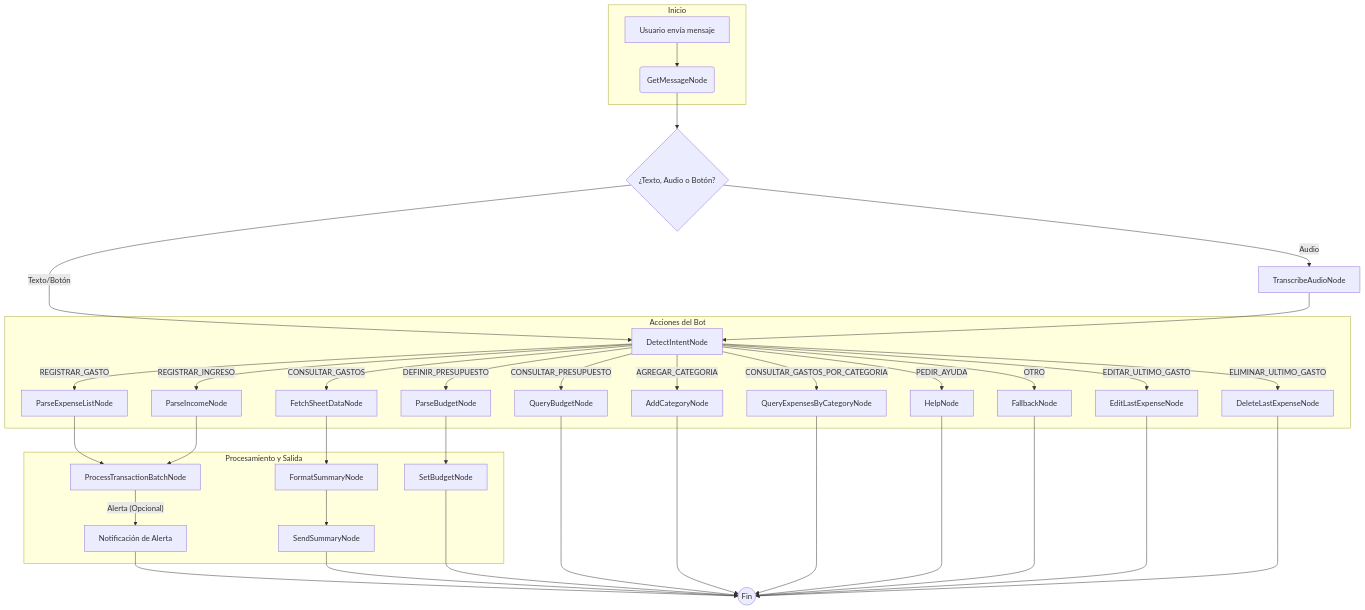
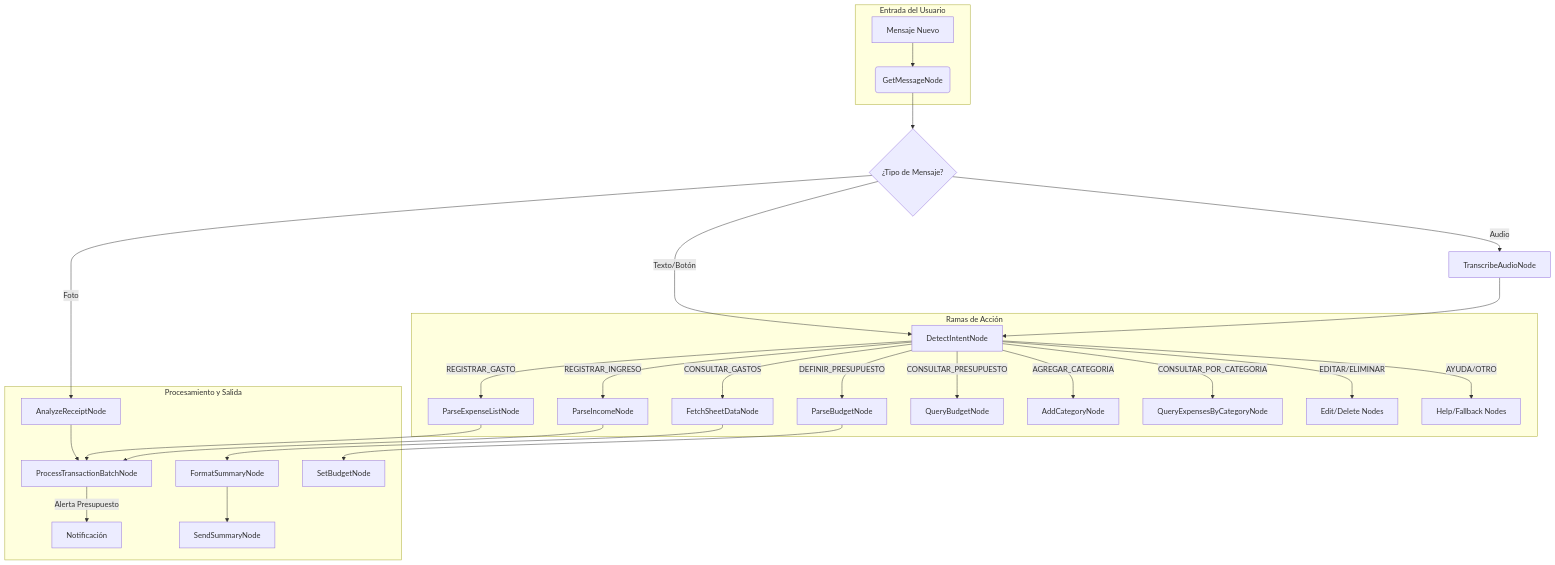
Before and after one commit to Juanchoalric/flux: the diagram in README.md, drawn with Mermaid. The commit also changed other lines of this file and 7 other files, not shown here.

Commit message:
Refactor prompts into its own file, added feature to take a picture of your expense and the agent will get the total and add a description and category for it

````diff
--- a/README.md
+++ b/README.md
@@ -35,45 +34,34 @@
 ```mermaid
 flowchart TD
-    subgraph "Inicio"
-        A[Usuario envía mensaje] --> B(GetMessageNode);
+    subgraph "Entrada del Usuario"
+        A[Mensaje Nuevo] --> B(GetMessageNode);
     end
 
-    B --> C{¿Texto, Audio o Botón?};
+    B --> C{¿Tipo de Mensaje?};
     C -- Texto/Botón --> E[DetectIntentNode];
     C -- Audio --> D[TranscribeAudioNode];
+    C -- Foto --> Z[AnalyzeReceiptNode];
+    
     D --> E;
 
-    subgraph "Acciones del Bot"
+    subgraph "Ramas de Acción"
         E -- REGISTRAR_GASTO --> F[ParseExpenseListNode];
         E -- REGISTRAR_INGRESO --> G[ParseIncomeNode];
         E -- CONSULTAR_GASTOS --> H[FetchSheetDataNode];
         E -- DEFINIR_PRESUPUESTO --> I[ParseBudgetNode];
         E -- CONSULTAR_PRESUPUESTO --> J[QueryBudgetNode];
         E -- AGREGAR_CATEGORIA --> Q[AddCategoryNode];
-        E -- CONSULTAR_GASTOS_POR_CATEGORIA --> R[QueryExpensesByCategoryNode];
-        E -- PEDIR_AYUDA --> S[HelpNode];
-        E -- OTRO --> T[FallbackNode];
-        E -- EDITAR_ULTIMO_GASTO --> U[EditLastExpenseNode];
-        E -- ELIMINAR_ULTIMO_GASTO --> V[DeleteLastExpenseNode];
+        E -- CONSULTAR_POR_CATEGORIA --> R[QueryExpensesByCategoryNode];
+        E -- EDITAR/ELIMINAR --> U[Edit/Delete Nodes];
+        E -- AYUDA/OTRO --> T[Help/Fallback Nodes];
     end
 
-    F --> K[ProcessTransactionBatchNode];
-    G --> K;
-    
     subgraph "Procesamiento y Salida"
-        K -- Alerta (Opcional) --> L[Notificación de Alerta];
+        Z --> K[ProcessTransactionBatchNode];
+        F --> K;
+        G --> K;
+        K -- Alerta Presupuesto --> L[Notificación];
         H --> M[FormatSummaryNode] --> N[SendSummaryNode];
         I --> O[SetBudgetNode];
     end
-    
-    L --> P((Fin));
-    N --> P;
-    O --> P;
-    J --> P;
-    Q --> P;
-    R --> P;
-    S --> P;
-    T --> P;
-    U --> P;
-    V --> P;
 ```
````
